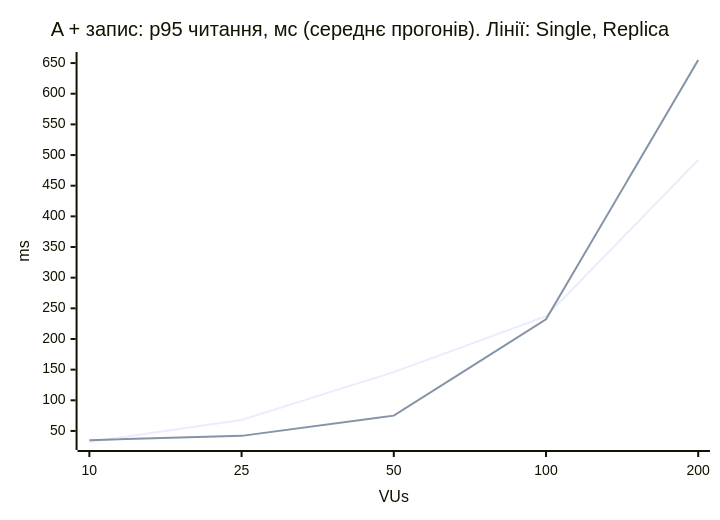
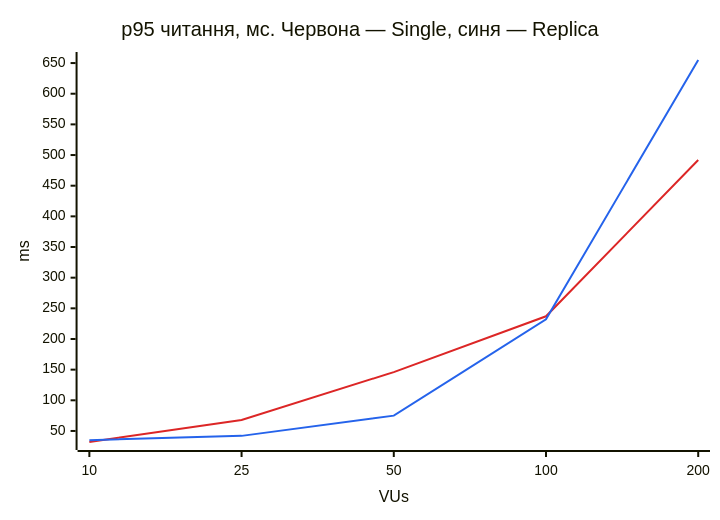
One commit to totalbyte/highload-system-practice changed the diagram in docs/lab6/load-comparison.md. Above: the diagram before and after it, drawn with Mermaid. The commit also changed 7 other files, not shown here.

````diff
--- a/docs/lab6/load-comparison.md
+++ b/docs/lab6/load-comparison.md
@@ -88,8 +88,9 @@
 ```mermaid
+%%{init: {"themeVariables": {"xyChart": {"plotColorPalette": "#dc2626, #2563eb"}}}}%%
 xychart-beta
-    title "A + запис: p95 читання, мс (середнє прогонів). Лінії: Single, Replica"
+    title "p95 читання, мс. Червона — Single, синя — Replica"
     x-axis "VUs" [10, 25, 50, 100, 200]
     y-axis "ms"
     line [32, 68, 146, 237, 492]
     line [35, 42, 75, 232, 655]
 ```
````
